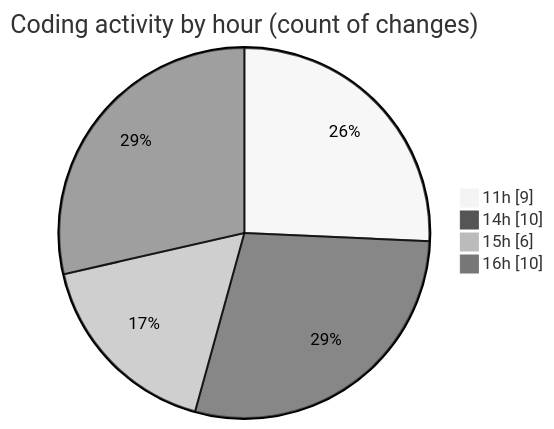
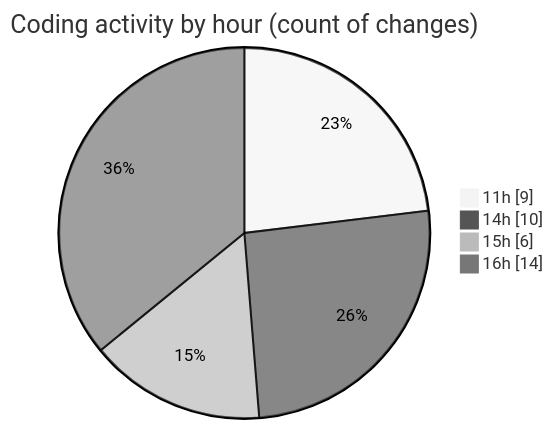
Before and after one commit to julien-gomy/code-tracking: the second of 2 diagrams in 2025-11-15/usr_aleoudev_fr__workspace_/README.md, drawn with Mermaid (neutral theme). The commit also changed other lines of this file and 1 other file, not shown here.

````diff
--- a/2025-11-15/usr_aleoudev_fr__workspace_/README.md
+++ b/2025-11-15/usr_aleoudev_fr__workspace_/README.md
@@ -37,8 +37,8 @@
 ```mermaid
 pie showData
 title Coding activity by hour (count of changes)
 "11h" : 9
 "14h" : 10
 "15h" : 6
-"16h" : 10
+"16h" : 14
 ```
````
